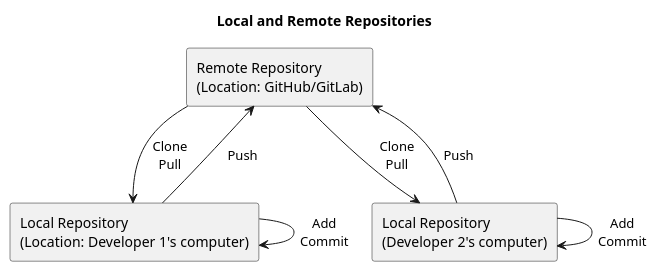
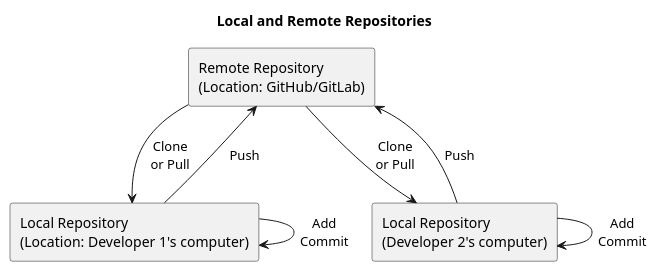
Before and after one commit to rostools/cog-flow-intro: the diagram in local-vs.remote-repo.puml, drawn with PlantUML.

Commit message:
docs: :pencil2: Small edits

```diff
--- a/local-vs.remote-repo.puml
+++ b/local-vs.remote-repo.puml
@@ -1,16 +1,16 @@
 @startuml local-vs-remote-repo
 
 title Local and Remote Repositories
 agent "Remote Repository\n(Location: GitHub/GitLab)" as rr
 agent "Local Repository\n(Location: Developer 1's computer)" as lr1
 agent "Local Repository\n(Developer 2's computer)" as lr2
 
-rr -->lr1: "Clone\nPull"
+rr -->lr1: "Clone\nor Pull"
 lr1 --> rr: Push
 lr1 --> lr1: "Add\nCommit"
 
-rr -->lr2: "Clone\nPull"
+rr -->lr2: "Clone\nor Pull"
 lr2 --> rr: Push
 lr2 --> lr2: "Add\nCommit"
 
 @enduml
```
